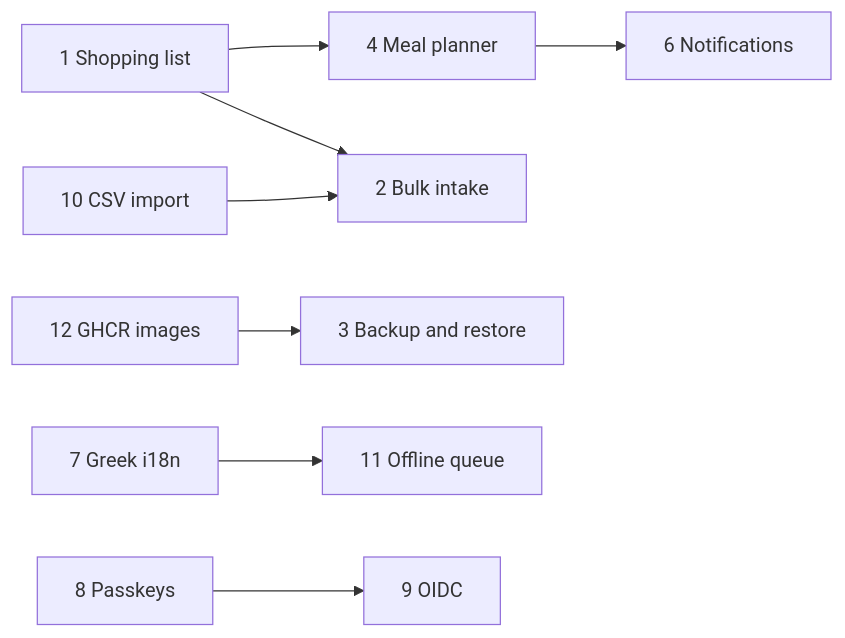
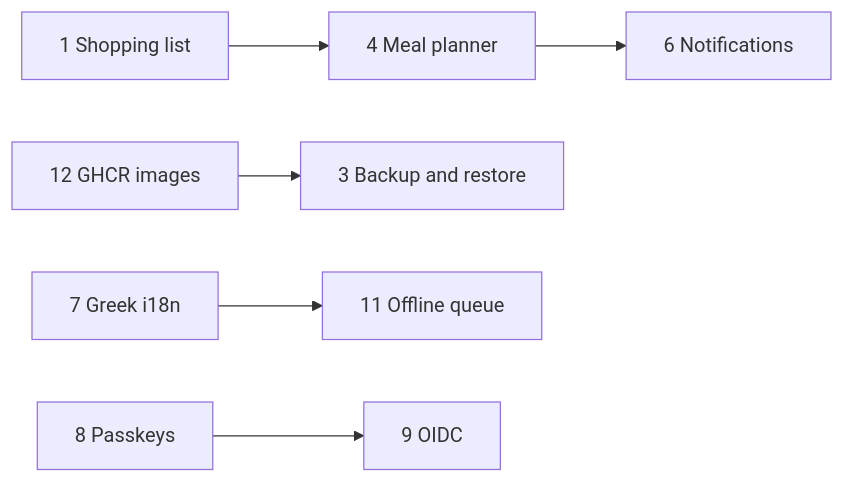
One commit to AtaKon/svault changed the diagram in docs/roadmap.md. Above: the diagram before and after it, drawn with Mermaid. The commit also changed other lines of this file and 60 other files, not shown here.

````diff
--- a/docs/roadmap.md
+++ b/docs/roadmap.md
@@ -46,10 +45,8 @@
 ```mermaid
 flowchart LR
   SHOP["1 Shopping list"] --> PLAN["4 Meal planner"]
-  SHOP --> INTAKE["2 Bulk intake"]
   GHCR["12 GHCR images"] --> BACKUP["3 Backup and restore"]
-  CSV["10 CSV import"] --> INTAKE
   PLAN --> NOTIFY["6 Notifications"]
   I18N["7 Greek i18n"] --> OFFLINE["11 Offline queue"]
   PASSKEY["8 Passkeys"] --> OIDC["9 OIDC"]
 ```
````
